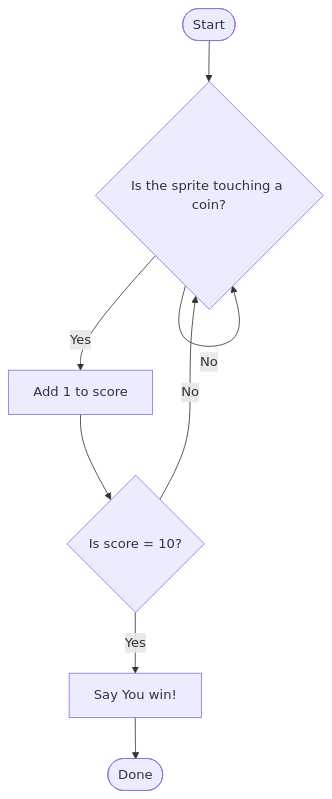
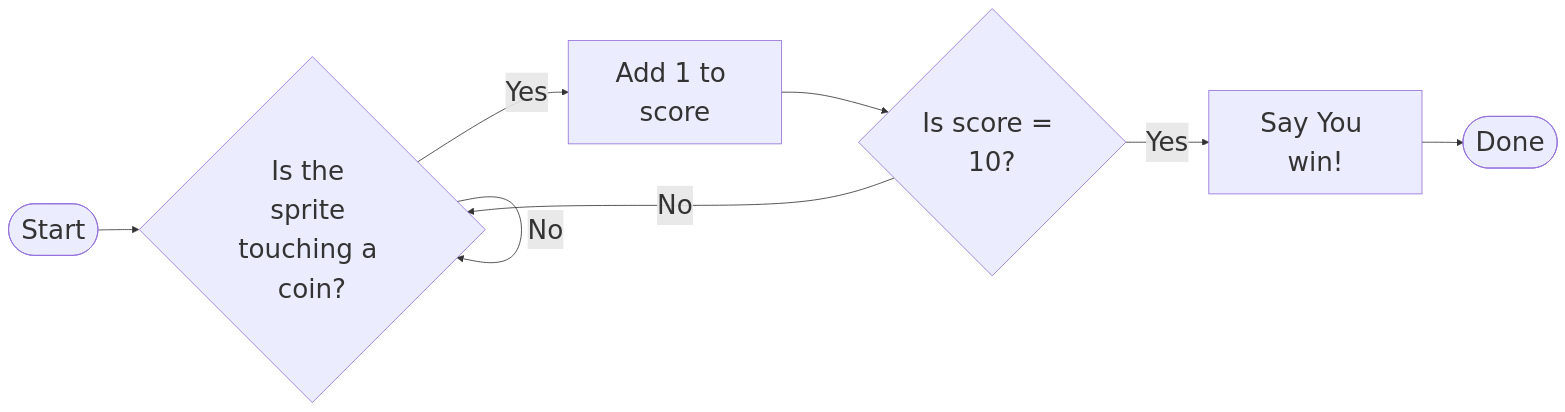
One commit to lrwham/mrwillingham-com changed the diagram in content/scratch/week-2/day-10/index.md. Above: the diagram before and after it, drawn with Mermaid.

````diff
--- a/content/scratch/week-2/day-10/index.md
+++ b/content/scratch/week-2/day-10/index.md
@@ -58,10 +58,11 @@
 ```mermaid
-flowchart TD
+%%{init: {'themeVariables': {'fontSize': '2rem'}}}%%
+flowchart LR
     A([Start]) --> B{Is the sprite touching a coin?}
     B -- Yes --> C[Add 1 to score]
     C --> D{Is score = 10?}
     D -- Yes --> E[Say You win!]
     D -- No --> B
     B -- No --> B
     E --> F([Done])
 ```
````
